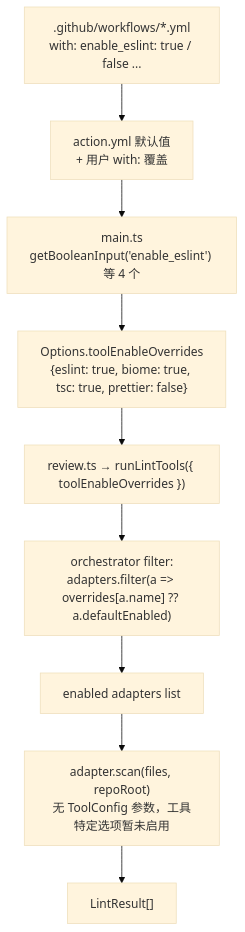
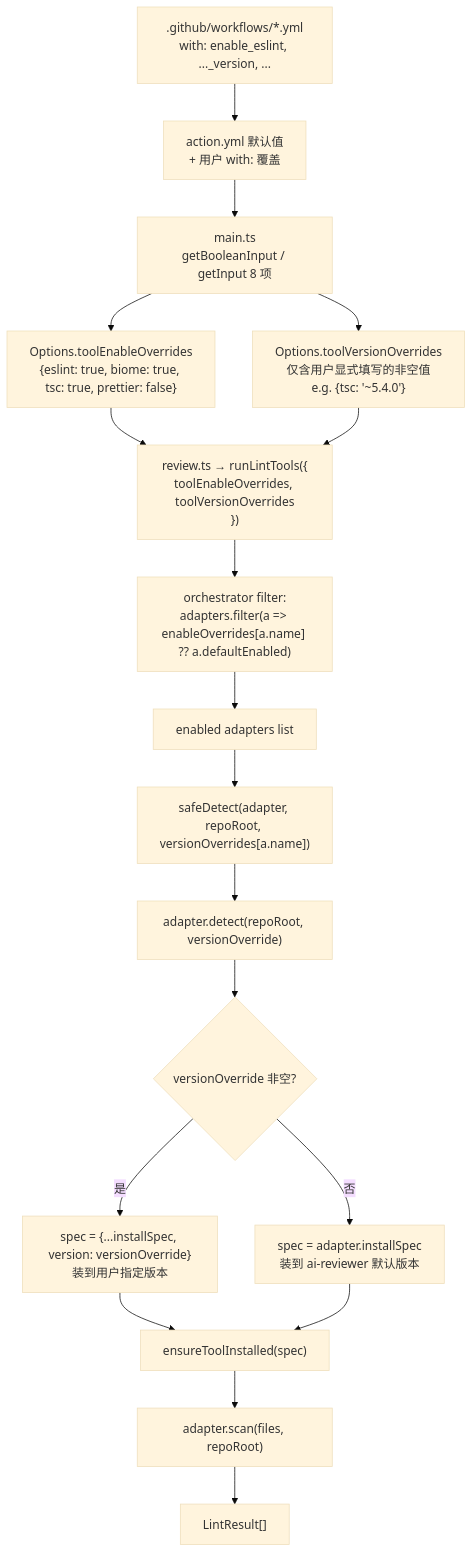
One commit to CodesSentinels/ai-reviewer changed the eighth of 9 diagrams in docs/07-linter-sast-architecture.md. Above: the diagram before and after it, drawn with Mermaid (base theme). The commit also changed other lines of this file and 13 other files, not shown here.

````diff
--- a/docs/07-linter-sast-architecture.md
+++ b/docs/07-linter-sast-architecture.md
@@ -444,11 +445,25 @@
 ```mermaid
 flowchart TD
-  WF[".github/workflows/*.yml<br/>with: enable_eslint: true / false ..."] --> ACT["action.yml 默认值<br/>+ 用户 with: 覆盖"]
-  ACT --> M["main.ts<br/>getBooleanInput('enable_eslint') 等 4 个"]
-  M --> O["Options.toolEnableOverrides<br/>{eslint: true, biome: true, tsc: true, prettier: false}"]
-  O --> R["review.ts → runLintTools({ toolEnableOverrides })"]
-  R --> S["orchestrator filter:<br/>adapters.filter(a => overrides[a.name] ?? a.defaultEnabled)"]
+  WF[".github/workflows/*.yml<br/>with: enable_eslint, ..._version, ..."] --> ACT["action.yml 默认值<br/>+ 用户 with: 覆盖"]
+  ACT --> M["main.ts<br/>getBooleanInput / getInput 8 项"]
+
+  M --> OE["Options.toolEnableOverrides<br/>{eslint: true, biome: true, tsc: true, prettier: false}"]
+  M --> OV["Options.toolVersionOverrides<br/>仅含用户显式填写的非空值<br/>e.g. {tsc: '~5.4.0'}"]
+
+  OE --> R["review.ts → runLintTools({<br/>toolEnableOverrides, toolVersionOverrides<br/>})"]
+  OV --> R
+
+  R --> S["orchestrator filter:<br/>adapters.filter(a => enableOverrides[a.name] ?? a.defaultEnabled)"]
   S --> EN["enabled adapters list"]
-  EN --> SC["adapter.scan(files, repoRoot)<br/>无 ToolConfig 参数，工具特定选项暂未启用"]
+
+  EN --> SAFEDET["safeDetect(adapter, repoRoot, versionOverrides[a.name])"]
+  SAFEDET --> AD["adapter.detect(repoRoot, versionOverride)"]
+  AD --> SPEC{"versionOverride 非空?"}
+  SPEC -->|"是"| OVRSPEC["spec = {...installSpec, version: versionOverride}<br/>装到用户指定版本"]
+  SPEC -->|"否"| DEFSPEC["spec = adapter.installSpec<br/>装到 ai-reviewer 默认版本"]
+  OVRSPEC --> INST["ensureToolInstalled(spec)"]
+  DEFSPEC --> INST
+
+  INST --> SC["adapter.scan(files, repoRoot)"]
   SC --> RES["LintResult[]"]
 ```
````
